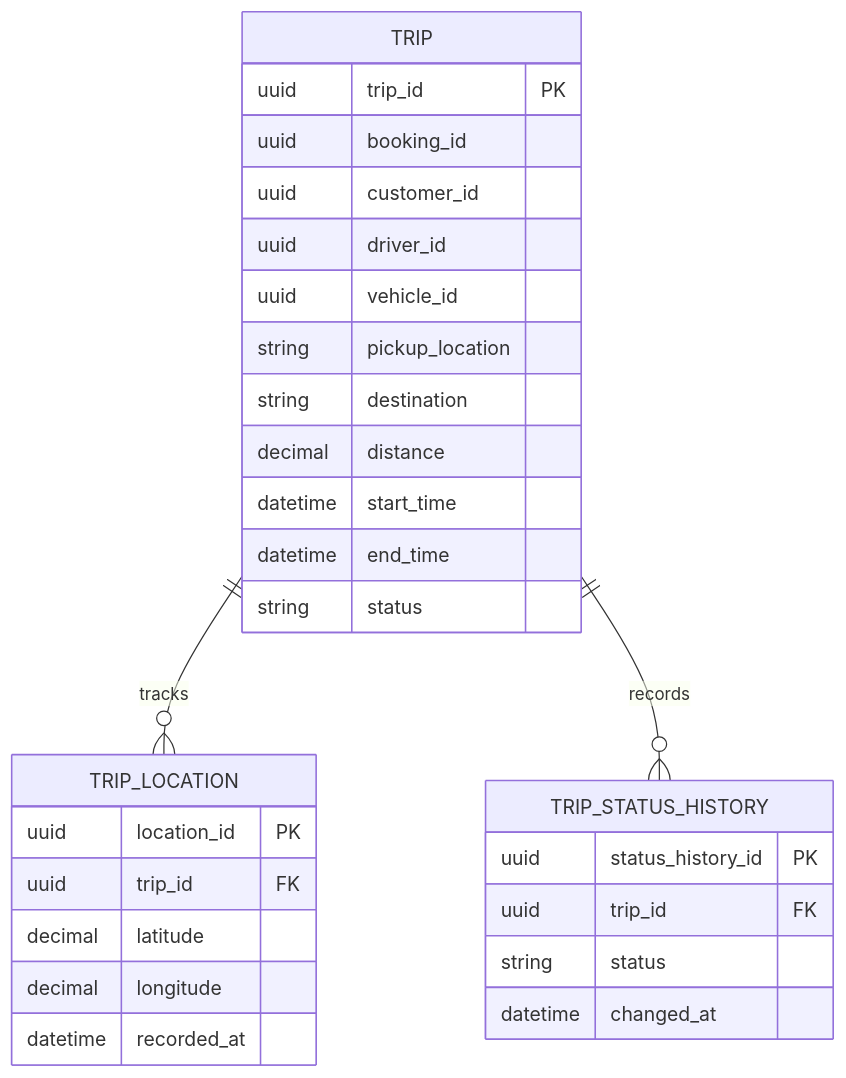
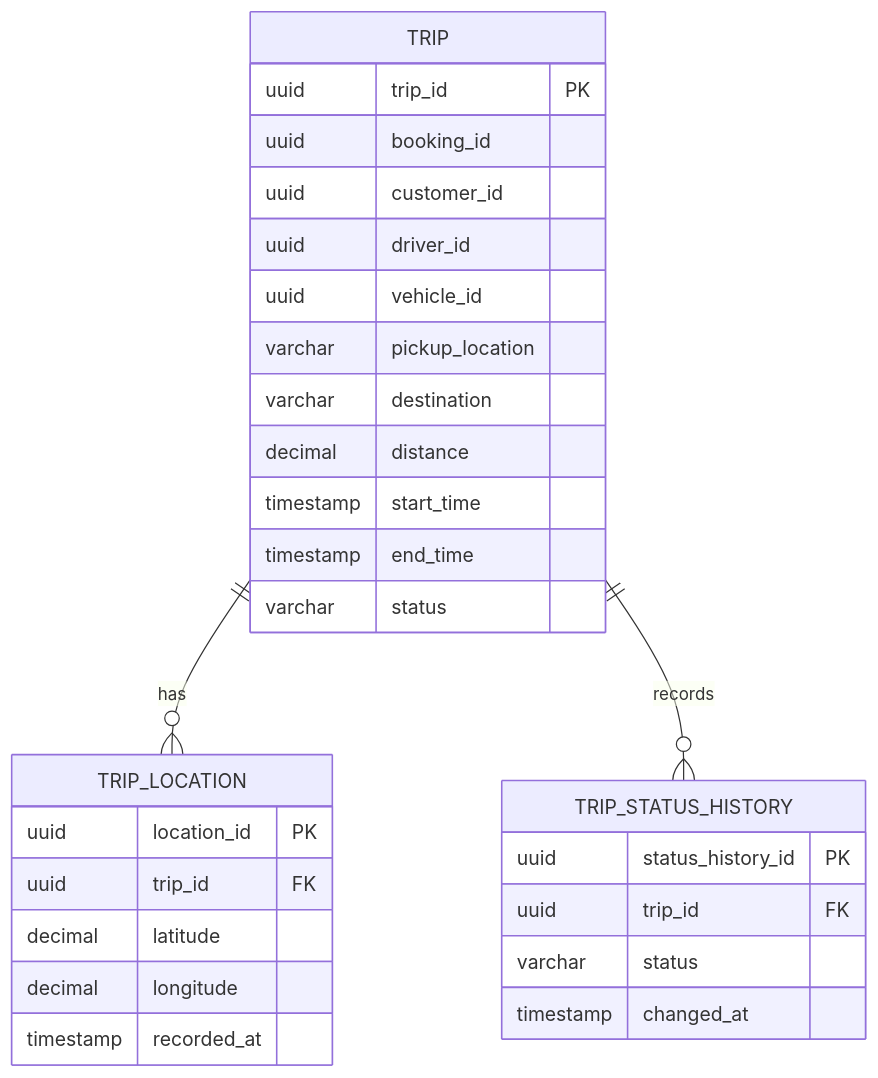
Diagram 12 of 28 in Microservice_Design.md (Phamha0601/23680571_PhamThiThuHa_CabSystem), drawn with Mermaid before and after one commit. The commit also changed other lines of this file, not shown here.

````diff
--- a/Microservice_Design.md
+++ b/Microservice_Design.md
@@ -861,35 +821,35 @@
 ```mermaid
 erDiagram
 
-    TRIP ||--o{ TRIP_LOCATION : tracks
+    TRIP ||--o{ TRIP_LOCATION : has
     TRIP ||--o{ TRIP_STATUS_HISTORY : records
 
     TRIP {
         uuid trip_id PK
         uuid booking_id
         uuid customer_id
         uuid driver_id
         uuid vehicle_id
-        string pickup_location
-        string destination
+        varchar pickup_location
+        varchar destination
         decimal distance
-        datetime start_time
-        datetime end_time
-        string status
+        timestamp start_time
+        timestamp end_time
+        varchar status
     }
 
     TRIP_LOCATION {
         uuid location_id PK
         uuid trip_id FK
         decimal latitude
         decimal longitude
-        datetime recorded_at
+        timestamp recorded_at
     }
 
     TRIP_STATUS_HISTORY {
         uuid status_history_id PK
         uuid trip_id FK
-        string status
-        datetime changed_at
+        varchar status
+        timestamp changed_at
     }
 ```
````
